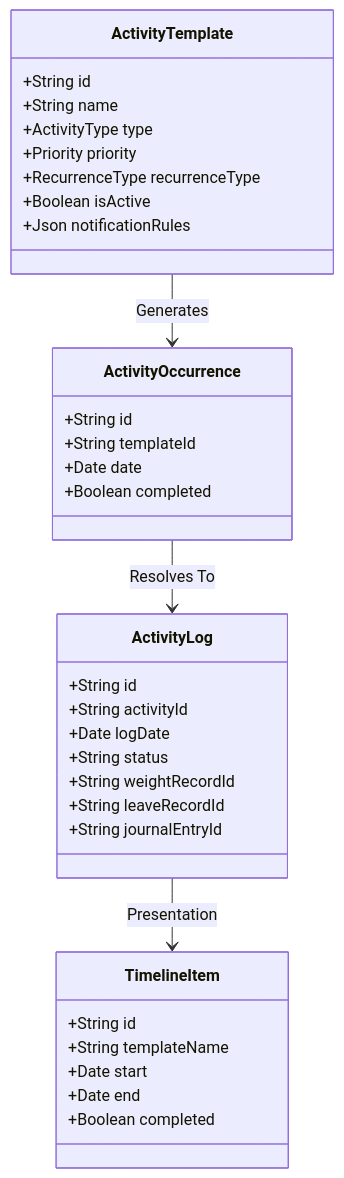
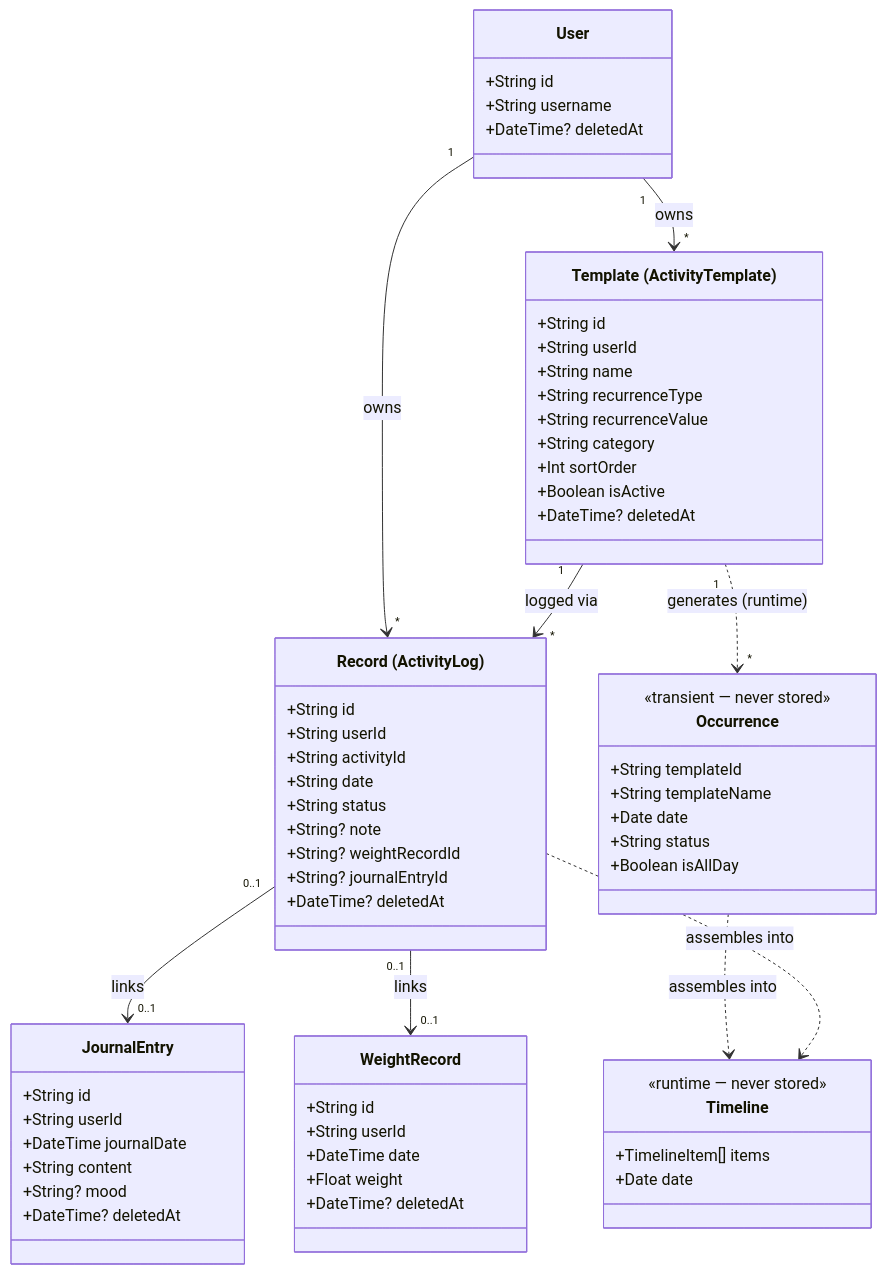
One commit to ChinmayOnGithub/tracker changed the first of 2 diagrams in docs/01-foundation/Core Domain.md. Above: the diagram before and after it, drawn with Mermaid. The commit also changed other lines of this file and 42 other files, not shown here.

````diff
--- a/docs/01-foundation/Core Domain.md
+++ b/docs/01-foundation/Core Domain.md
@@ -9,37 +12,75 @@
 ```mermaid
 classDiagram
-  class ActivityTemplate {
-    +String id
-    +String name
-    +ActivityType type
-    +Priority priority
-    +RecurrenceType recurrenceType
-    +Boolean isActive
-    +Json notificationRules
-  }
-  class ActivityOccurrence {
-    +String id
-    +String templateId
-    +Date date
-    +Boolean completed
-  }
-  class ActivityLog {
-    +String id
-    +String activityId
-    +Date logDate
-    +String status
-    +String weightRecordId
-    +String leaveRecordId
-    +String journalEntryId
-  }
-  class TimelineItem {
-    +String id
-    +String templateName
-    +Date start
-    +Date end
-    +Boolean completed
-  }
-  ActivityTemplate --> ActivityOccurrence : Generates
-  ActivityOccurrence --> ActivityLog : Resolves To
-  ActivityLog --> TimelineItem : Presentation
+    direction TB
+
+    class User {
+        +String id
+        +String username
+        +DateTime? deletedAt
+    }
+
+    class Template["Template (ActivityTemplate)"] {
+        +String id
+        +String userId
+        +String name
+        +String recurrenceType
+        +String recurrenceValue
+        +String category
+        +Int sortOrder
+        +Boolean isActive
+        +DateTime? deletedAt
+    }
+
+    class Record["Record (ActivityLog)"] {
+        +String id
+        +String userId
+        +String activityId
+        +String date
+        +String status
+        +String? note
+        +String? weightRecordId
+        +String? journalEntryId
+        +DateTime? deletedAt
+    }
+
+    class Occurrence {
+        <<transient — never stored>>
+        +String templateId
+        +String templateName
+        +Date date
+        +String status
+        +Boolean isAllDay
+    }
+
+    class JournalEntry {
+        +String id
+        +String userId
+        +DateTime journalDate
+        +String content
+        +String? mood
+        +DateTime? deletedAt
+    }
+
+    class WeightRecord {
+        +String id
+        +String userId
+        +DateTime date
+        +Float weight
+        +DateTime? deletedAt
+    }
+
+    class Timeline {
+        <<runtime — never stored>>
+        +TimelineItem[] items
+        +Date date
+    }
+
+    User "1" --> "*" Template : owns
+    User "1" --> "*" Record : owns
+    Template "1" --> "*" Record : logged via
+    Template "1" ..> "*" Occurrence : generates (runtime)
+    Record "0..1" --> "0..1" JournalEntry : links
+    Record "0..1" --> "0..1" WeightRecord : links
+    Occurrence ..> Timeline : assembles into
+    Record ..> Timeline : assembles into
 ```
````
